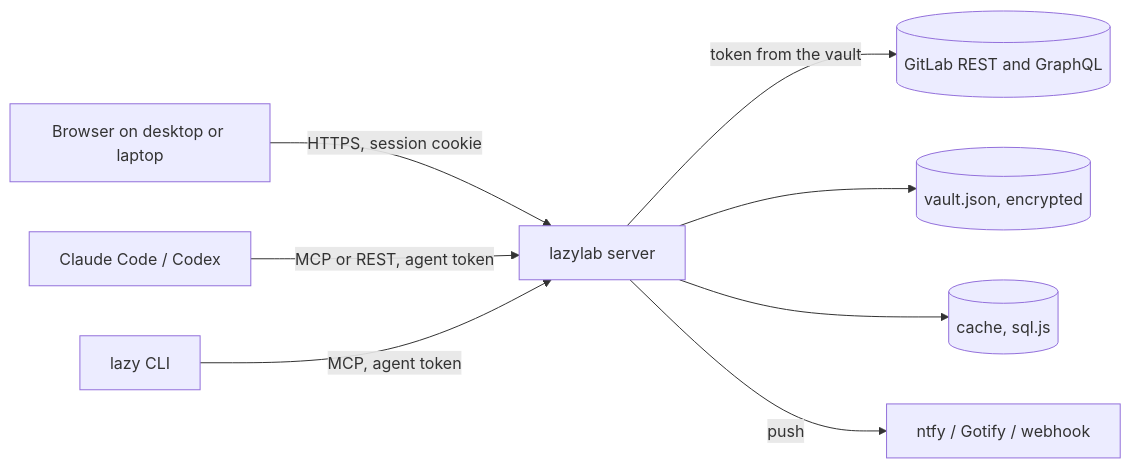
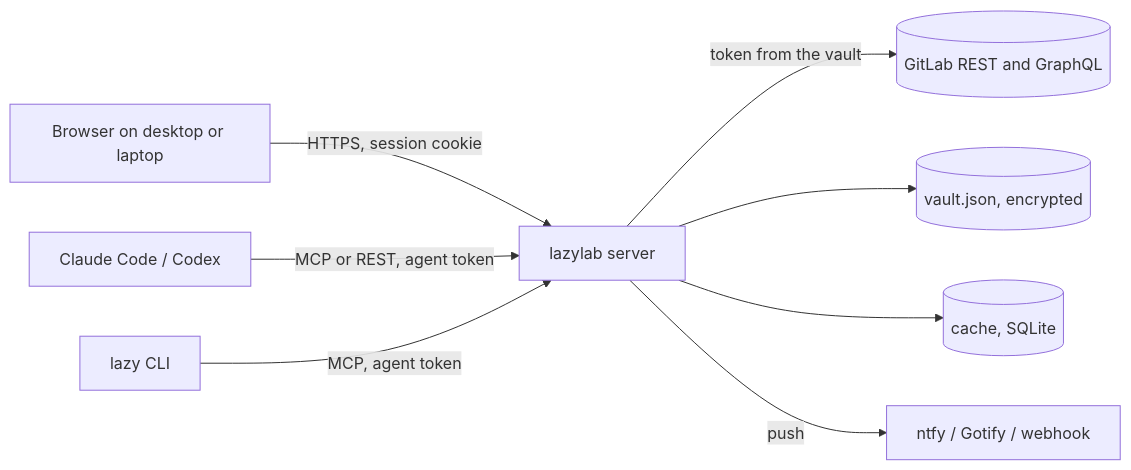
The second of 2 diagrams in docs/src/index.md (sgkens/lazylab), drawn with Mermaid before and after one commit. The commit also changed 6 other files, not shown here.

First line of the commit message:
perf(cache): replace sql.js with bun:sqlite in WAL mode

````diff
--- a/docs/src/index.md
+++ b/docs/src/index.md
@@ -79,10 +79,10 @@
 ```mermaid
 flowchart LR
   B[Browser on desktop or laptop] -->|HTTPS, session cookie| L[lazylab server]
   A[Claude Code / Codex] -->|MCP or REST, agent token| L
   T[lazy CLI] -->|MCP, agent token| L
   L -->|token from the vault| G[(GitLab REST and GraphQL)]
   L --> V[(vault.json, encrypted)]
-  L --> C[(cache, sql.js)]
+  L --> C[(cache, SQLite)]
   L -->|push| P[ntfy / Gotify / webhook]
 ```
````
